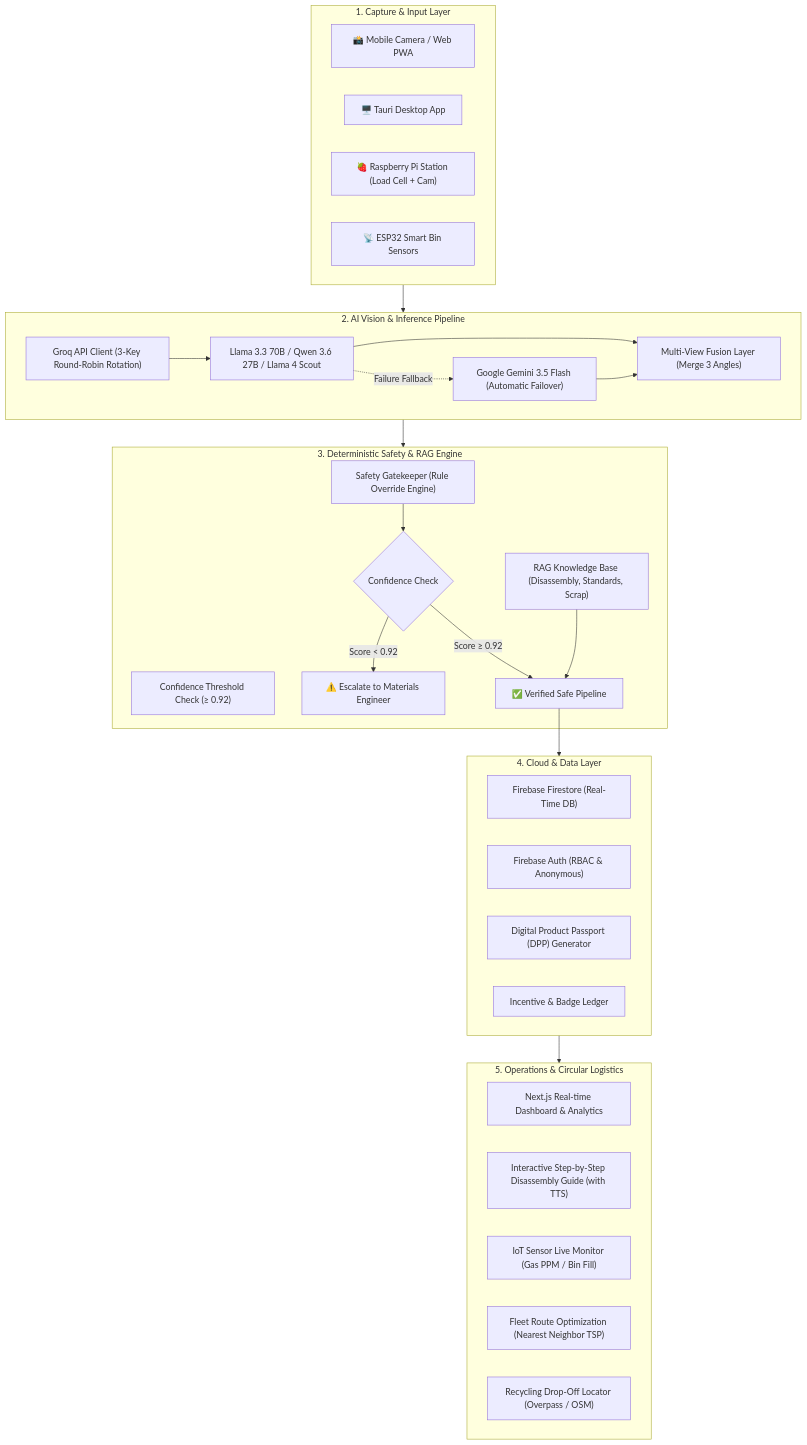
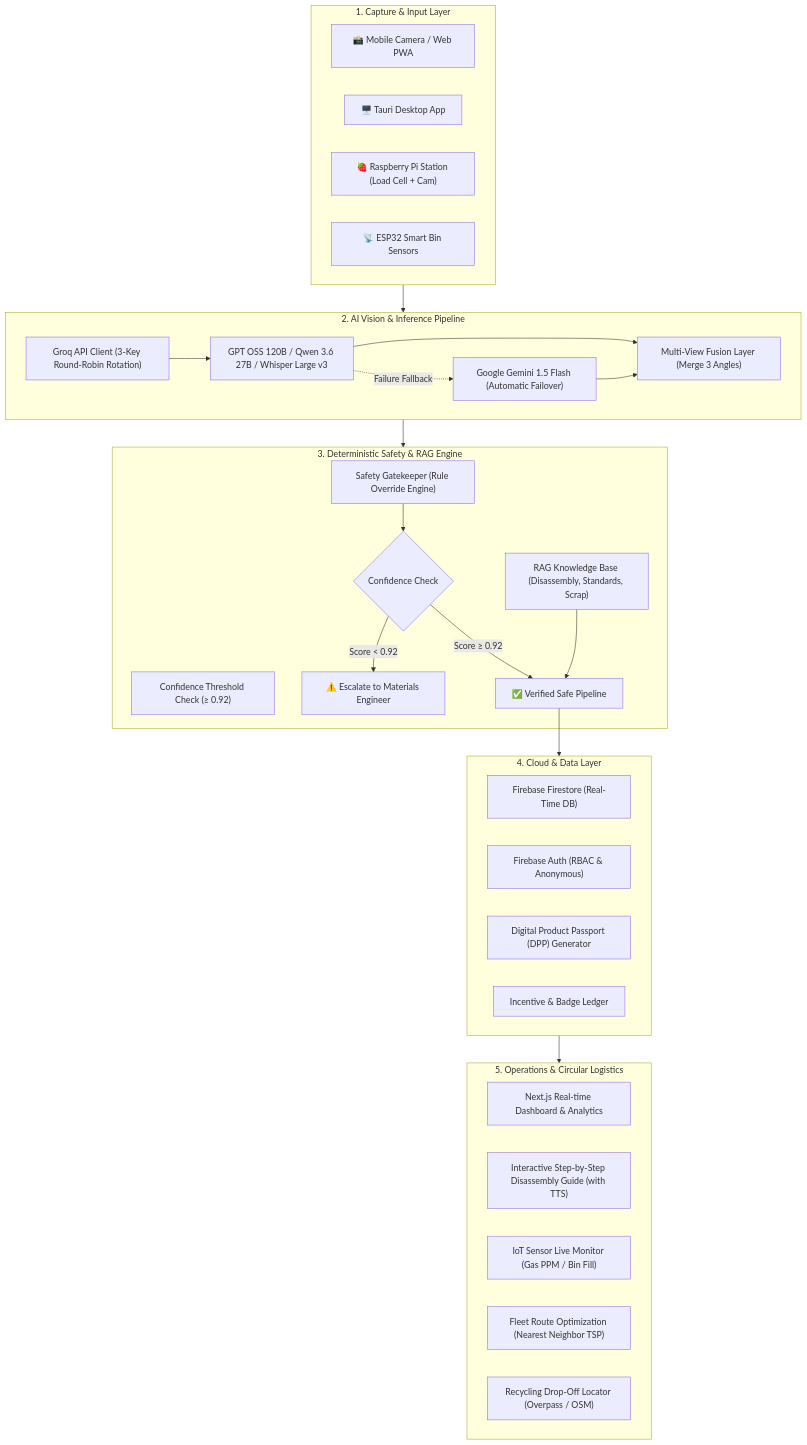
One commit to HanSolo456/aiecotracker changed the first of 2 diagrams in README.md. Above: the diagram before and after it, drawn with Mermaid. The commit also changed other lines of this file and 15 other files, not shown here.

````diff
--- a/README.md
+++ b/README.md
@@ -111,50 +111,50 @@
 ```mermaid
 flowchart TD
     subgraph Capture["1. Capture & Input Layer"]
         A1["📸 Mobile Camera / Web PWA"]
         A2["🖥️ Tauri Desktop App"]
         A3["🍓 Raspberry Pi Station (Load Cell + Cam)"]
         A4["📡 ESP32 Smart Bin Sensors"]
     end
 
     subgraph AI["2. AI Vision & Inference Pipeline"]
         B1["Groq API Client (3-Key Round-Robin Rotation)"]
-        B2["Llama 3.3 70B / Qwen 3.6 27B / Llama 4 Scout"]
-        B3["Google Gemini 3.5 Flash (Automatic Failover)"]
+        B2["GPT OSS 120B / Qwen 3.6 27B / Whisper Large v3"]
+        B3["Google Gemini 1.5 Flash (Automatic Failover)"]
         B4["Multi-View Fusion Layer (Merge 3 Angles)"]
         B1 --> B2
         B2 -. Failure Fallback .-> B3
         B2 & B3 --> B4
     end
 
     subgraph Gatekeeper["3. Deterministic Safety & RAG Engine"]
         C1["Safety Gatekeeper (Rule Override Engine)"]
         C2["Confidence Threshold Check (≥ 0.92)"]
         C3["RAG Knowledge Base (Disassembly, Standards, Scrap)"]
         C4{"Confidence Check"}
         C1 --> C4
         C4 -- "Score < 0.92" --> C5["⚠️ Escalate to Materials Engineer"]
         C4 -- "Score ≥ 0.92" --> C6["✅ Verified Safe Pipeline"]
         C3 --> C6
     end
 
     subgraph Backend["4. Cloud & Data Layer"]
         D1["Firebase Firestore (Real-Time DB)"]
         D2["Firebase Auth (RBAC & Anonymous)"]
         D3["Digital Product Passport (DPP) Generator"]
         D4["Incentive & Badge Ledger"]
     end
 
     subgraph Ops["5. Operations & Circular Logistics"]
         E1["Next.js Real-time Dashboard & Analytics"]
         E2["Interactive Step-by-Step Disassembly Guide (with TTS)"]
         E3["IoT Sensor Live Monitor (Gas PPM / Bin Fill)"]
         E4["Fleet Route Optimization (Nearest Neighbor TSP)"]
         E5["Recycling Drop-Off Locator (Overpass / OSM)"]
     end
 
     Capture --> AI
     AI --> Gatekeeper
     C6 --> Backend
     Backend --> Ops
 ```
````
